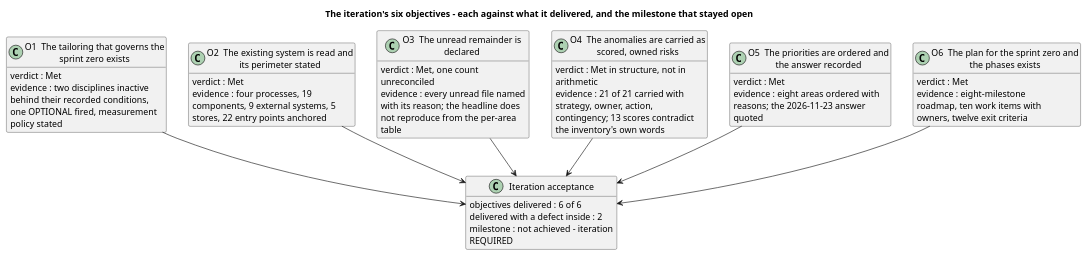
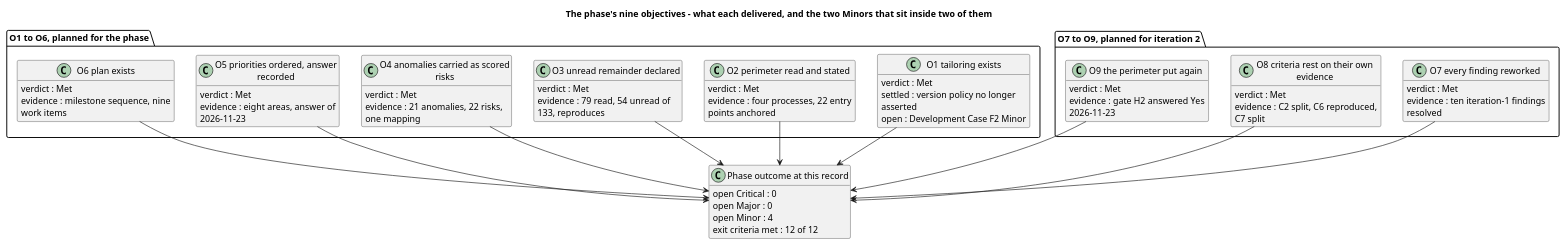
The first of 4 diagrams in docs/artifacts/project-management/iteration-assessment.md (banense-test/TodoApp), drawn with PlantUML before and after one commit. The commit also changed other lines of this file, not shown here.

Commit message:
Project Manager [Survey2]: upsert Iteration Assessment
[skip ci]

````diff
--- a/docs/artifacts/project-management/iteration-assessment.md
+++ b/docs/artifacts/project-management/iteration-assessment.md
@@ -10,48 +10,69 @@
 ```plantuml
 @startuml
-title The iteration's six objectives - each against what it delivered, and the milestone that stayed open
-
+title The phase's nine objectives - what each delivered, and the two Minors that sit inside two of them
 skinparam shadowing false
 skinparam classAttributeIconSize 0
+hide empty members
 skinparam wrapWidth 240
-hide empty members
 
-class "O1  The tailoring that governs the sprint zero exists" as O1 {
-  verdict : Met
-  evidence : two disciplines inactive behind their recorded conditions, one OPTIONAL fired, measurement policy stated
-}
-class "O2  The existing system is read and its perimeter stated" as O2 {
-  verdict : Met
-  evidence : four processes, 19 components, 9 external systems, 5 stores, 22 entry points anchored
-}
-class "O3  The unread remainder is declared" as O3 {
-  verdict : Met, one count unreconciled
-  evidence : every unread file named with its reason; the headline does not reproduce from the per-area table
-}
-class "O4  The anomalies are carried as scored, owned risks" as O4 {
-  verdict : Met in structure, not in arithmetic
-  evidence : 21 of 21 carried with strategy, owner, action, contingency; 13 scores contradict the inventory's own words
-}
-class "O5  The priorities are ordered and the answer recorded" as O5 {
-  verdict : Met
-  evidence : eight areas ordered with reasons; the 2026-11-23 answer quoted
-}
-class "O6  The plan for the sprint zero and the phases exists" as O6 {
-  verdict : Met
-  evidence : eight-milestone roadmap, ten work items with owners, twelve exit criteria
+package "O1 to O6, planned for the phase" {
+  class "O1 tailoring exists" as O1 {
+    verdict : Met
+    settled : version policy no longer asserted
+    open : Development Case F2 Minor
+  }
+  class "O2 perimeter read and stated" as O2 {
+    verdict : Met
+    evidence : four processes, 22 entry points anchored
+  }
+  class "O3 unread remainder declared" as O3 {
+    verdict : Met
+    evidence : 79 read, 54 unread of 133, reproduces
+  }
+  class "O4 anomalies carried as scored risks" as O4 {
+    verdict : Met
+    evidence : 21 anomalies, 22 risks, one mapping
+  }
+  class "O5 priorities ordered, answer recorded" as O5 {
+    verdict : Met
+    evidence : eight areas, answer of 2026-11-23
+  }
+  class "O6 plan exists" as O6 {
+    verdict : Met
+    evidence : milestone sequence, nine work items
+  }
 }
 
-class "Iteration acceptance" as IA {
-  objectives delivered : 6 of 6
-  delivered with a defect inside : 2
-  milestone : not achieved - iteration REQUIRED
+package "O7 to O9, planned for iteration 2" {
+  class "O7 every finding reworked" as O7 {
+    verdict : Met
+    evidence : ten iteration-1 findings resolved
+  }
+  class "O8 criteria rest on their own evidence" as O8 {
+    verdict : Met
+    evidence : C2 split, C6 reproduced, C7 split
+  }
+  class "O9 the perimeter put again" as O9 {
+    verdict : Met
+    evidence : gate H2 answered Yes 2026-11-23
+  }
 }
 
-O1 --> IA
-O2 --> IA
-O3 --> IA
-O4 --> IA
-O5 --> IA
-O6 --> IA
+class "Phase outcome at this record" as PH {
+  open Critical : 0
+  open Major : 0
+  open Minor : 4
+  exit criteria met : 12 of 12
+}
+
+O1 --> PH
+O2 --> PH
+O3 --> PH
+O4 --> PH
+O5 --> PH
+O6 --> PH
+O7 --> PH
+O8 --> PH
+O9 --> PH
 @enduml
 ```
````
